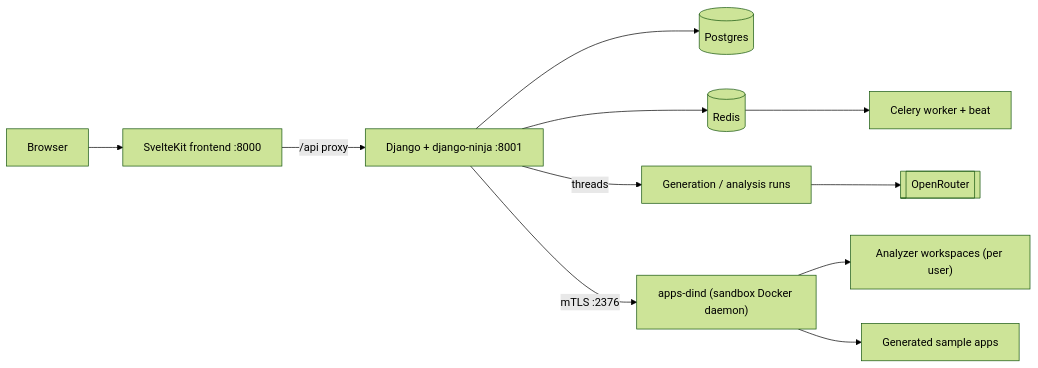
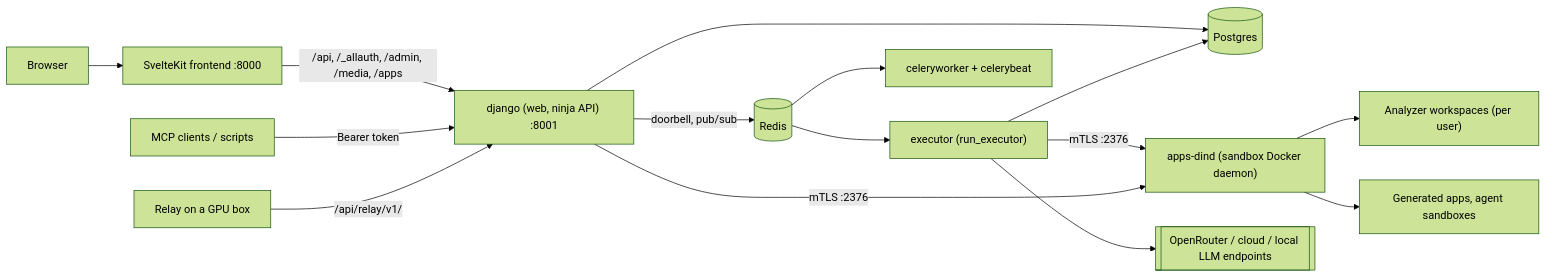
The diagram in docs/ARCHITECTURE.md (GrabowMar/AutoLLM_Code_Analyzer_rework), drawn with Mermaid (forest theme) before and after one commit. The commit also changed other lines of this file and 371 other files, not shown here.

````diff
--- a/docs/ARCHITECTURE.md
+++ b/docs/ARCHITECTURE.md
@@ -7,13 +7,17 @@
 ```mermaid
 flowchart LR
     B[Browser] --> FE["SvelteKit frontend :8000"]
-    FE -->|"/api proxy"| DJ["Django + django-ninja :8001"]
+    FE -->|"/api, /_allauth, /admin, /media, /apps"| DJ["django (web, ninja API) :8001"]
+    MC["MCP clients / scripts"] -->|"Bearer token"| DJ
+    RL["Relay on a GPU box"] -->|"/api/relay/v1/"| DJ
     DJ --> PG[(Postgres)]
-    DJ --> RD[(Redis)]
-    DJ -->|threads| GEN["Generation / analysis runs"]
-    RD --> CW["Celery worker + beat"]
-    DJ -->|"mTLS :2376"| DK["apps-dind (sandbox Docker daemon)"]
+    DJ -->|"doorbell, pub/sub"| RD[(Redis)]
+    EX["executor (run_executor)"] --> PG
+    RD --> EX
+    RD --> CW["celeryworker + celerybeat"]
+    EX -->|"mTLS :2376"| DK["apps-dind (sandbox Docker daemon)"]
+    DJ -->|"mTLS :2376"| DK
     DK --> AW["Analyzer workspaces (per user)"]
-    DK --> SA["Generated sample apps"]
-    GEN --> OR[["OpenRouter"]]
+    DK --> SA["Generated apps, agent sandboxes"]
+    EX --> OR[["OpenRouter / cloud / local LLM endpoints"]]
 ```
````
